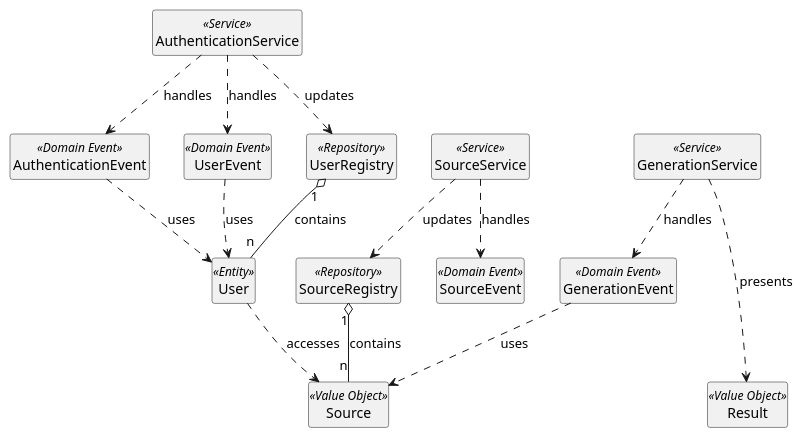
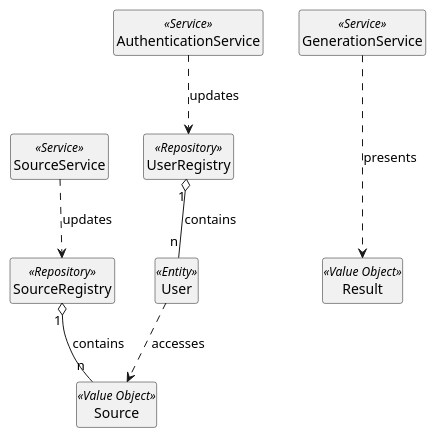
Before and after one commit to mini-roostico/subjekt-doc: the second of 5 diagrams in Writerside/topics/Domain-Driven-Design.md, drawn with PlantUML. The commit also changed other lines of this file and 1 other file, not shown here.

Commit message:
fix: changed event in ddd and glossary section

````diff
--- a/Writerside/topics/Domain-Driven-Design.md
+++ b/Writerside/topics/Domain-Driven-Design.md
@@ -143,50 +139,37 @@
 ```plantuml
 @startuml
 hide empty members
 hide <<Entity>> circle
 hide <<Value Object>> circle
 hide <<Factory>> circle
 hide <<Service>> circle
 hide <<Domain Event>> circle
 hide <<Aggregate Root>> circle
 hide <<Repository>> circle
 
 class User <<Entity>>
 class sourceApi as "Source" <<Value Object>>
 
 class resultApi as "Result" <<Value Object>>
 class UserRegistry <<Repository>>
 
 UserRegistry "1" o-- "n" User : "contains"
 
 class SourceRegistry <<Repository>>
 
 SourceRegistry "1" o-- "n" sourceApi : "contains"
 
 class AuthenticationService <<Service>>
 
-AuthenticationService ..> AuthenticationEvent : "handles"
-AuthenticationEvent ..> User : "uses"
 AuthenticationService ..> UserRegistry : "updates"
-UserEvent ..> User : "uses"
-AuthenticationService ..> UserEvent : "handles"
 
 class SourceService <<Service>>
-
-SourceService ..> SourceEvent : "handles"
 SourceService ..> SourceRegistry : "updates"
 
 class GenerationService <<Service>>
-
-GenerationService ..> GenerationEvent : "handles"
-GenerationEvent ..> sourceApi : "uses"
 GenerationService ...> resultApi: "presents"
 
-class AuthenticationEvent <<Domain Event>>
-class UserEvent <<Domain Event>>
-class SourceEvent <<Domain Event>>
-class GenerationEvent <<Domain Event>>
 
 User ..> sourceApi : "accesses"
 @enduml
 ```
````
